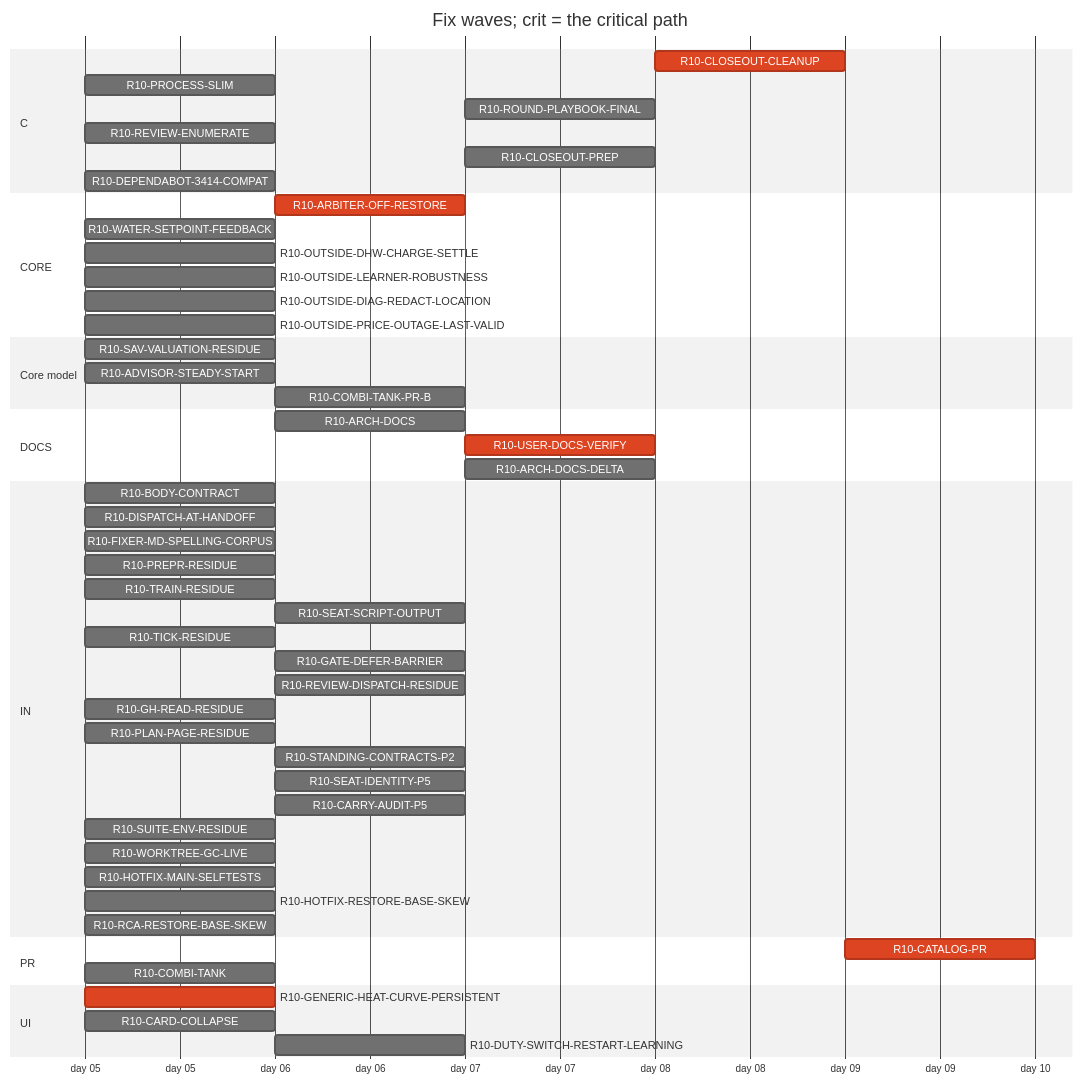
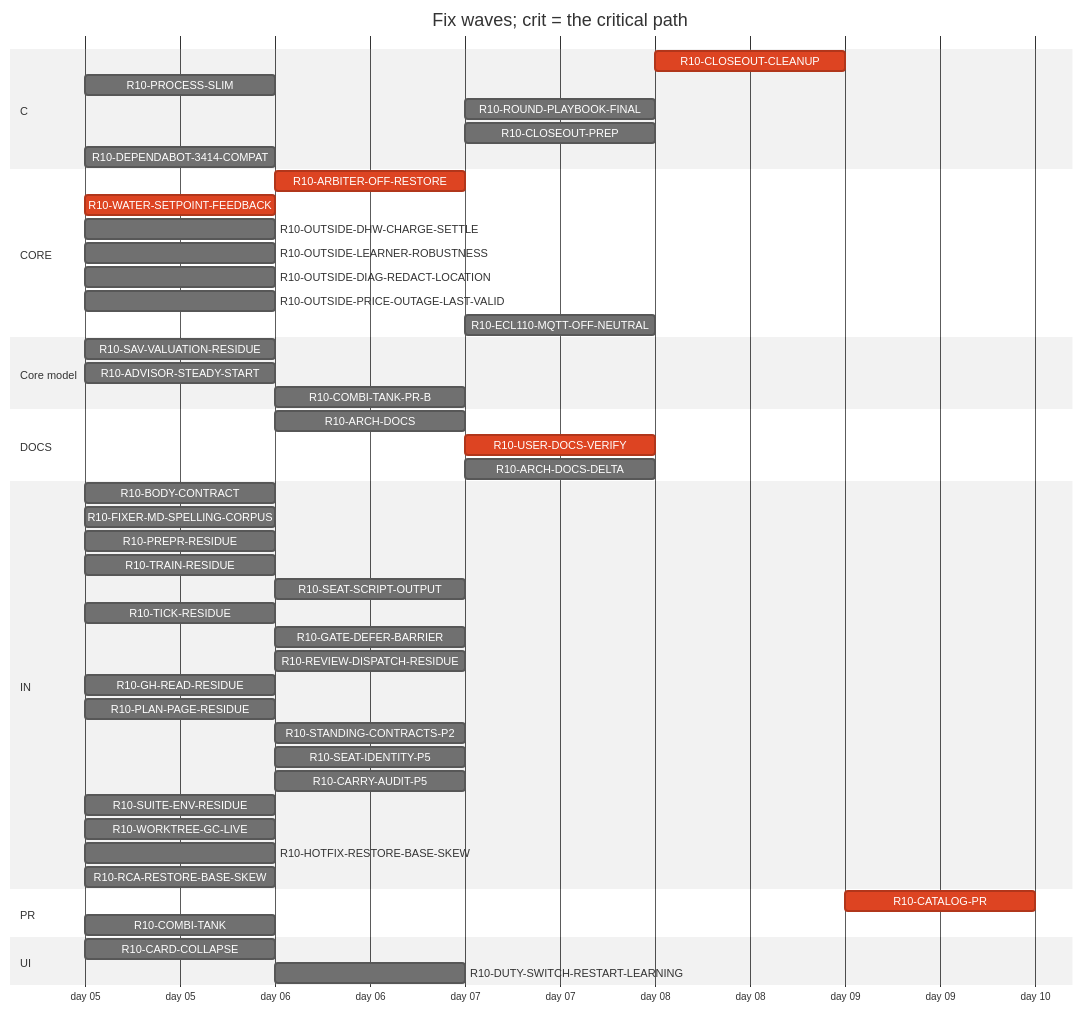
One commit to tvofi/heatpump_optimizer changed the diagram in handoff/round10/state/PLAN-TABLE.md. Above: the diagram before and after it, drawn with Mermaid (neutral theme). The commit also changed other lines of this file and 4 other files, not shown here.

Commit message:
state: FLOW-BOARD.md, NEXT-SESSION-PROMPT.md, PLAN-TABLE.md, PLAN.html, RESUME-CURRENT.md regenerated (state_docs.py)

````diff
--- a/handoff/round10/state/PLAN-TABLE.md
+++ b/handoff/round10/state/PLAN-TABLE.md
@@ -20,55 +20,52 @@
 ```mermaid
 gantt
   title Fix waves; crit = the critical path
   dateFormat YYYY-MM-DD
   axisFormat day %d
   section C
     R10-CLOSEOUT-CLEANUP :crit, r10CLOSEOUTCLEANUP, after r10ARCHDOCS r10USERDOCSVERIFY r10ROUNDPLAYBOOKFINAL r10CLOSEOUTPREP r10ARCHDOCSDELTA, 1d
     R10-PROCESS-SLIM :r10PROCESSSLIM, 2026-01-05, 1d
-    R10-ROUND-PLAYBOOK-FINAL :r10ROUNDPLAYBOOKFINAL, after r10DISPATCHATHANDOFF r10BODYCONTRACT r10PROCESSSLIM r10FIXERMDSPELLINGCORPUS r10PREPRRESIDUE r10SEATSCRIPTOUTPUT r10REVIEWDISPATCHRESIDUE r10CARRYAUDITP5 r10TICKRESIDUE r10SEATIDENTITYP5 r10STANDINGCONTRACTSP2 r10PLANPAGERESIDUE r10TRAINRESIDUE r10GHREADRESIDUE r10SUITEENVRESIDUE r10GATEDEFERBARRIER r10WORKTREEGCLIVE, 1d
-    R10-REVIEW-ENUMERATE :r10REVIEWENUMERATE, 2026-01-05, 1d
-    R10-CLOSEOUT-PREP :r10CLOSEOUTPREP, after r10ARCHDOCS r10DISPATCHATHANDOFF r10BODYCONTRACT r10PROCESSSLIM r10FIXERMDSPELLINGCORPUS r10PREPRRESIDUE r10SEATSCRIPTOUTPUT r10REVIEWDISPATCHRESIDUE r10CARRYAUDITP5 r10TICKRESIDUE r10SEATIDENTITYP5 r10STANDINGCONTRACTSP2 r10PLANPAGERESIDUE r10TRAINRESIDUE r10GHREADRESIDUE r10SUITEENVRESIDUE r10GATEDEFERBARRIER r10WORKTREEGCLIVE, 1d
+    R10-ROUND-PLAYBOOK-FINAL :r10ROUNDPLAYBOOKFINAL, after r10BODYCONTRACT r10PROCESSSLIM r10FIXERMDSPELLINGCORPUS r10PREPRRESIDUE r10SEATSCRIPTOUTPUT r10REVIEWDISPATCHRESIDUE r10CARRYAUDITP5 r10TICKRESIDUE r10SEATIDENTITYP5 r10STANDINGCONTRACTSP2 r10PLANPAGERESIDUE r10TRAINRESIDUE r10GHREADRESIDUE r10SUITEENVRESIDUE r10GATEDEFERBARRIER r10WORKTREEGCLIVE, 1d
+    R10-CLOSEOUT-PREP :r10CLOSEOUTPREP, after r10ARCHDOCS r10BODYCONTRACT r10PROCESSSLIM r10FIXERMDSPELLINGCORPUS r10PREPRRESIDUE r10SEATSCRIPTOUTPUT r10REVIEWDISPATCHRESIDUE r10CARRYAUDITP5 r10TICKRESIDUE r10SEATIDENTITYP5 r10STANDINGCONTRACTSP2 r10PLANPAGERESIDUE r10TRAINRESIDUE r10GHREADRESIDUE r10SUITEENVRESIDUE r10GATEDEFERBARRIER r10WORKTREEGCLIVE, 1d
     R10-DEPENDABOT-3414-COMPAT :r10DEPENDABOT3414COMPAT, 2026-01-05, 1d
   section CORE
-    R10-ARBITER-OFF-RESTORE :crit, r10ARBITEROFFRESTORE, after r10GENERICHEATCURVEPERSISTENT r10WATERSETPOINTFEEDBACK, 1d
-    R10-WATER-SETPOINT-FEEDBACK :r10WATERSETPOINTFEEDBACK, 2026-01-05, 1d
+    R10-ARBITER-OFF-RESTORE :crit, r10ARBITEROFFRESTORE, after r10WATERSETPOINTFEEDBACK, 1d
+    R10-WATER-SETPOINT-FEEDBACK :crit, r10WATERSETPOINTFEEDBACK, 2026-01-05, 1d
     R10-OUTSIDE-DHW-CHARGE-SETTLE :r10OUTSIDEDHWCHARGESETTLE, 2026-01-05, 1d
     R10-OUTSIDE-LEARNER-ROBUSTNESS :r10OUTSIDELEARNERROBUSTNESS, 2026-01-05, 1d
     R10-OUTSIDE-DIAG-REDACT-LOCATION :r10OUTSIDEDIAGREDACTLOCATION, 2026-01-05, 1d
     R10-OUTSIDE-PRICE-OUTAGE-LAST-VALID :r10OUTSIDEPRICEOUTAGELASTVALID, 2026-01-05, 1d
+    R10-ECL110-MQTT-OFF-NEUTRAL :r10ECL110MQTTOFFNEUTRAL, after r10ARBITEROFFRESTORE, 1d
   section Core model
     R10-SAV-VALUATION-RESIDUE :r10SAVVALUATIONRESIDUE, 2026-01-05, 1d
     R10-ADVISOR-STEADY-START :r10ADVISORSTEADYSTART, 2026-01-05, 1d
     R10-COMBI-TANK-PR-B :r10COMBITANKPRB, after r10COMBITANK, 1d
   section DOCS
-    R10-ARCH-DOCS :r10ARCHDOCS, after r10DISPATCHATHANDOFF r10BODYCONTRACT r10PROCESSSLIM, 1d
-    R10-USER-DOCS-VERIFY :crit, r10USERDOCSVERIFY, after r10GENERICHEATCURVEPERSISTENT r10ARBITEROFFRESTORE r10COMBITANK, 1d
-    R10-ARCH-DOCS-DELTA :r10ARCHDOCSDELTA, after r10ARCHDOCS r10GENERICHEATCURVEPERSISTENT r10ARBITEROFFRESTORE r10COMBITANK r10SAVVALUATIONRESIDUE r10ADVISORSTEADYSTART r10COMBITANKPRB, 1d
+    R10-ARCH-DOCS :r10ARCHDOCS, after r10BODYCONTRACT r10PROCESSSLIM, 1d
+    R10-USER-DOCS-VERIFY :crit, r10USERDOCSVERIFY, after r10ARBITEROFFRESTORE r10COMBITANK, 1d
+    R10-ARCH-DOCS-DELTA :r10ARCHDOCSDELTA, after r10ARCHDOCS r10ARBITEROFFRESTORE r10COMBITANK r10SAVVALUATIONRESIDUE r10ADVISORSTEADYSTART r10COMBITANKPRB, 1d
   section IN
     R10-BODY-CONTRACT :r10BODYCONTRACT, 2026-01-05, 1d
-    R10-DISPATCH-AT-HANDOFF :r10DISPATCHATHANDOFF, 2026-01-05, 1d
     R10-FIXER-MD-SPELLING-CORPUS :r10FIXERMDSPELLINGCORPUS, 2026-01-05, 1d
     R10-PREPR-RESIDUE :r10PREPRRESIDUE, 2026-01-05, 1d
     R10-TRAIN-RESIDUE :r10TRAINRESIDUE, 2026-01-05, 1d
     R10-SEAT-SCRIPT-OUTPUT :r10SEATSCRIPTOUTPUT, after r10TRAINRESIDUE, 1d
     R10-TICK-RESIDUE :r10TICKRESIDUE, 2026-01-05, 1d
     R10-GATE-DEFER-BARRIER :r10GATEDEFERBARRIER, after r10TRAINRESIDUE r10TICKRESIDUE, 1d
-    R10-REVIEW-DISPATCH-RESIDUE :r10REVIEWDISPATCHRESIDUE, after r10DISPATCHATHANDOFF r10REVIEWENUMERATE r10PROCESSSLIM, 1d
+    R10-REVIEW-DISPATCH-RESIDUE :r10REVIEWDISPATCHRESIDUE, after r10PROCESSSLIM, 1d
     R10-GH-READ-RESIDUE :r10GHREADRESIDUE, 2026-01-05, 1d
     R10-PLAN-PAGE-RESIDUE :r10PLANPAGERESIDUE, 2026-01-05, 1d
     R10-STANDING-CONTRACTS-P2 :r10STANDINGCONTRACTSP2, after r10FIXERMDSPELLINGCORPUS, 1d
     R10-SEAT-IDENTITY-P5 :r10SEATIDENTITYP5, after r10TICKRESIDUE, 1d
     R10-CARRY-AUDIT-P5 :r10CARRYAUDITP5, after r10BODYCONTRACT, 1d
     R10-SUITE-ENV-RESIDUE :r10SUITEENVRESIDUE, 2026-01-05, 1d
     R10-WORKTREE-GC-LIVE :r10WORKTREEGCLIVE, 2026-01-05, 1d
-    R10-HOTFIX-MAIN-SELFTESTS :r10HOTFIXMAINSELFTESTS, 2026-01-05, 1d
     R10-HOTFIX-RESTORE-BASE-SKEW :r10HOTFIXRESTOREBASESKEW, 2026-01-05, 1d
     R10-RCA-RESTORE-BASE-SKEW :r10RCARESTOREBASESKEW, 2026-01-05, 1d
   section PR
     R10-CATALOG-PR :crit, r10CATALOGPR, after r10USERDOCSVERIFY r10ARCHDOCS r10ROUNDPLAYBOOKFINAL r10CLOSEOUTCLEANUP r10CLOSEOUTPREP r10ARCHDOCSDELTA, 1d
     R10-COMBI-TANK :r10COMBITANK, 2026-01-05, 1d
   section UI
-    R10-GENERIC-HEAT-CURVE-PERSISTENT :crit, r10GENERICHEATCURVEPERSISTENT, 2026-01-05, 1d
     R10-CARD-COLLAPSE :r10CARDCOLLAPSE, 2026-01-05, 1d
     R10-DUTY-SWITCH-RESTART-LEARNING :r10DUTYSWITCHRESTARTLEARNING, after r10WATERSETPOINTFEEDBACK, 1d
 ```
````
